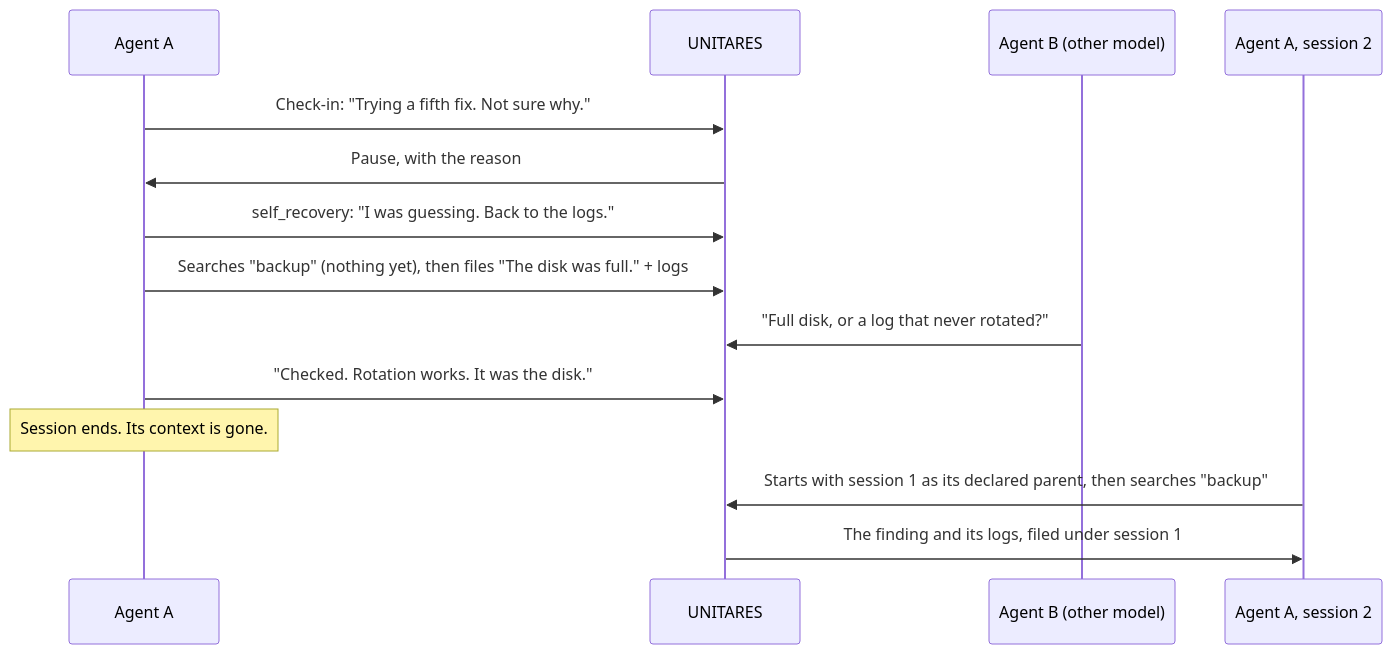
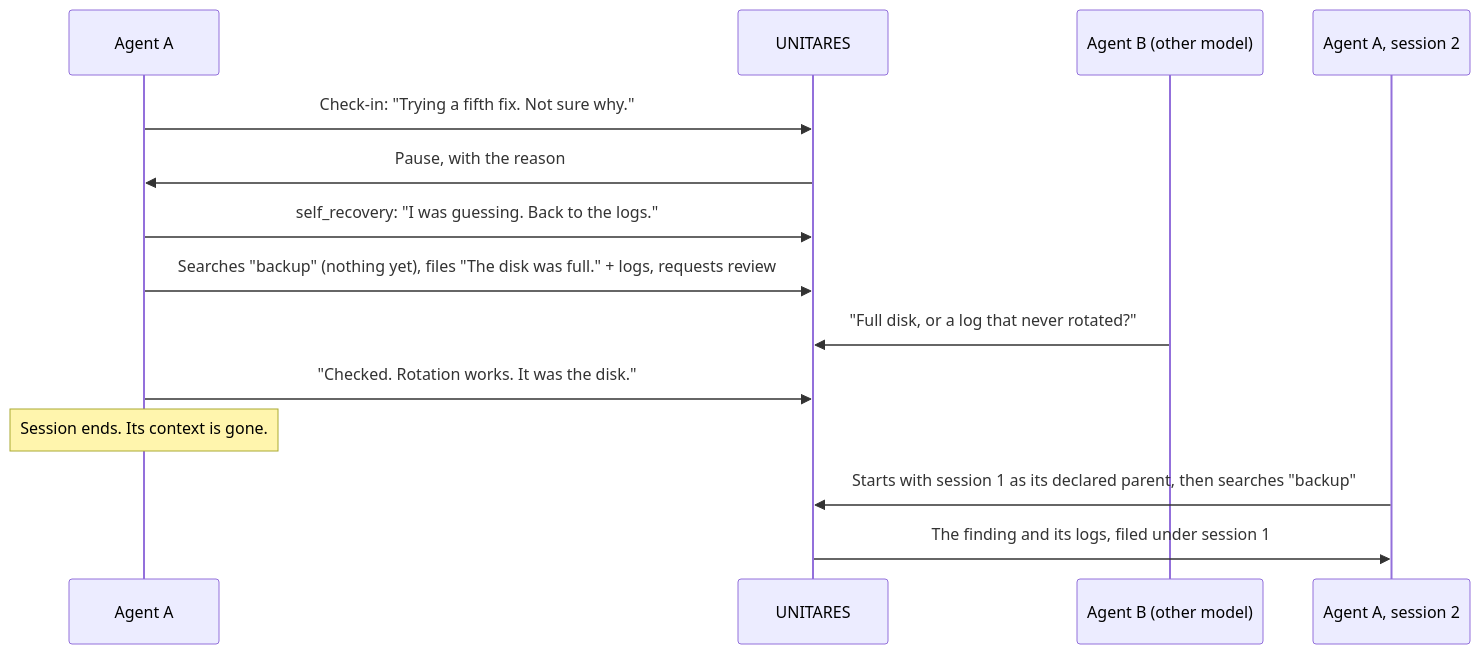
Before and after one commit to cirwel/unitares: the diagram in README.md, drawn with Mermaid. The commit also changed 1 other file, not shown here.

Commit message:
docs: open the review before the peer answers; keep client_session_id
The diagram's first agent now requests the review that Agent B answers. The
client guide's Agent identity section says to retain client_session_id and
pass it on later calls, which the README now links to.

````diff
--- a/README.md
+++ b/README.md
@@ -29,16 +29,16 @@
 ```mermaid
 sequenceDiagram
     participant A as Agent A
     participant U as UNITARES
     participant B as Agent B (other model)
     participant A2 as Agent A, session 2
     A->>U: Check-in: "Trying a fifth fix. Not sure why."
     U->>A: Pause, with the reason
     A->>U: self_recovery: "I was guessing. Back to the logs."
-    A->>U: Searches "backup" (nothing yet), then files "The disk was full." + logs
+    A->>U: Searches "backup" (nothing yet), files "The disk was full." + logs, requests review
     B->>U: "Full disk, or a log that never rotated?"
     A->>U: "Checked. Rotation works. It was the disk."
     Note over A: Session ends. Its context is gone.
     A2->>U: Starts with session 1 as its declared parent, then searches "backup"
     U->>A2: The finding and its logs, filed under session 1
 ```
````
